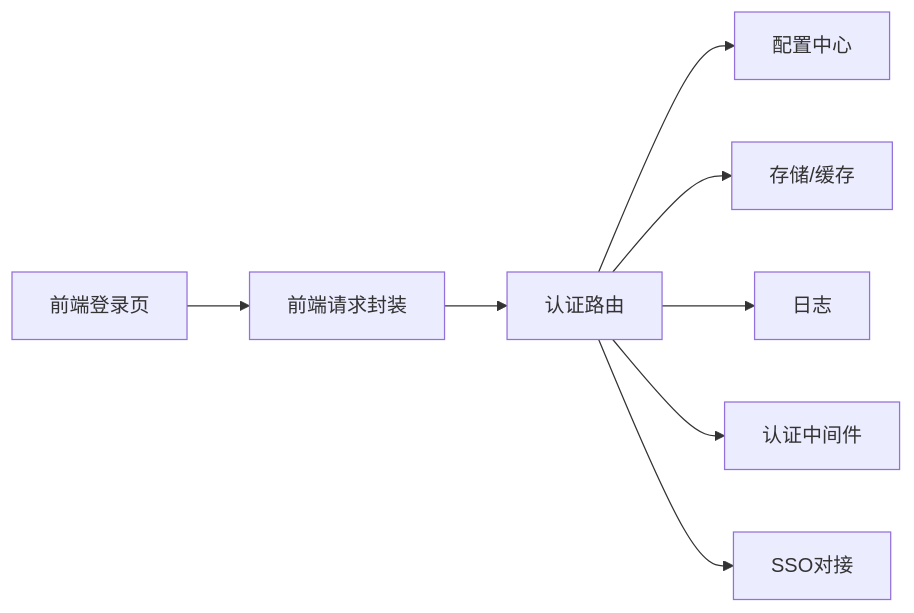
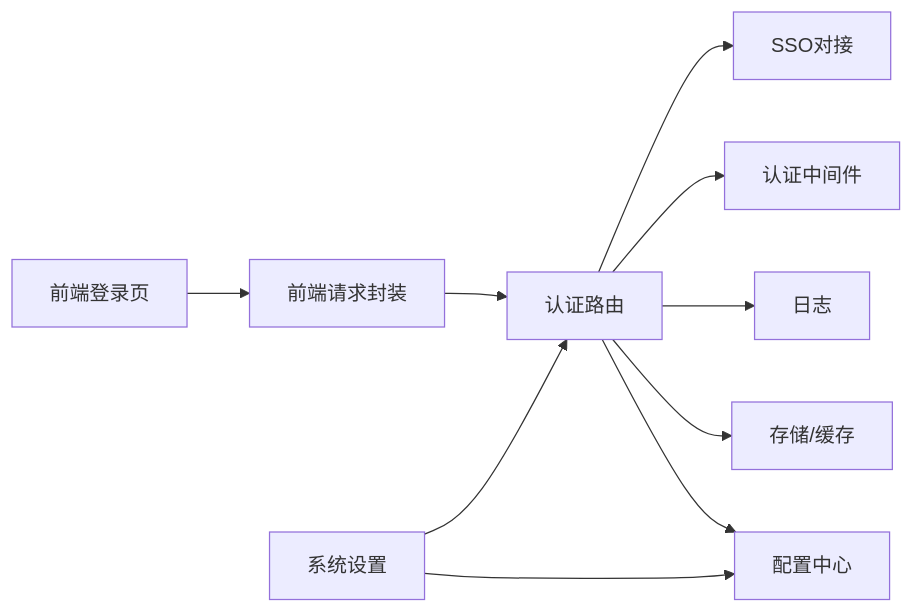
One commit to Giraffe-Han/microAPP changed the eighth of 8 diagrams in .qoder/repowiki/zh/content/后端服务架构/认证与授权系统/微信登录集成.md. Above: the diagram before and after it, drawn with Mermaid. The commit also changed other lines of this file and 14 other files, not shown here.

````diff
--- a/.qoder/repowiki/zh/content/后端服务架构/认证与授权系统/微信登录集成.md
+++ b/.qoder/repowiki/zh/content/后端服务架构/认证与授权系统/微信登录集成.md
@@ -257,10 +317,12 @@
 ```mermaid
 graph LR
 AuthRoute["认证路由"] --> Config["配置中心"]
 AuthRoute --> Storage["存储/缓存"]
 AuthRoute --> Logger["日志"]
 AuthRoute --> Middleware["认证中间件"]
 AuthRoute --> PlatformAuth["SSO对接"]
 FrontRequest["前端请求封装"] --> AuthRoute
 FrontLogin["前端登录页"] --> FrontRequest
+SystemSettings["系统设置"] --> Config
+SystemSettings --> AuthRoute
 ```
````
